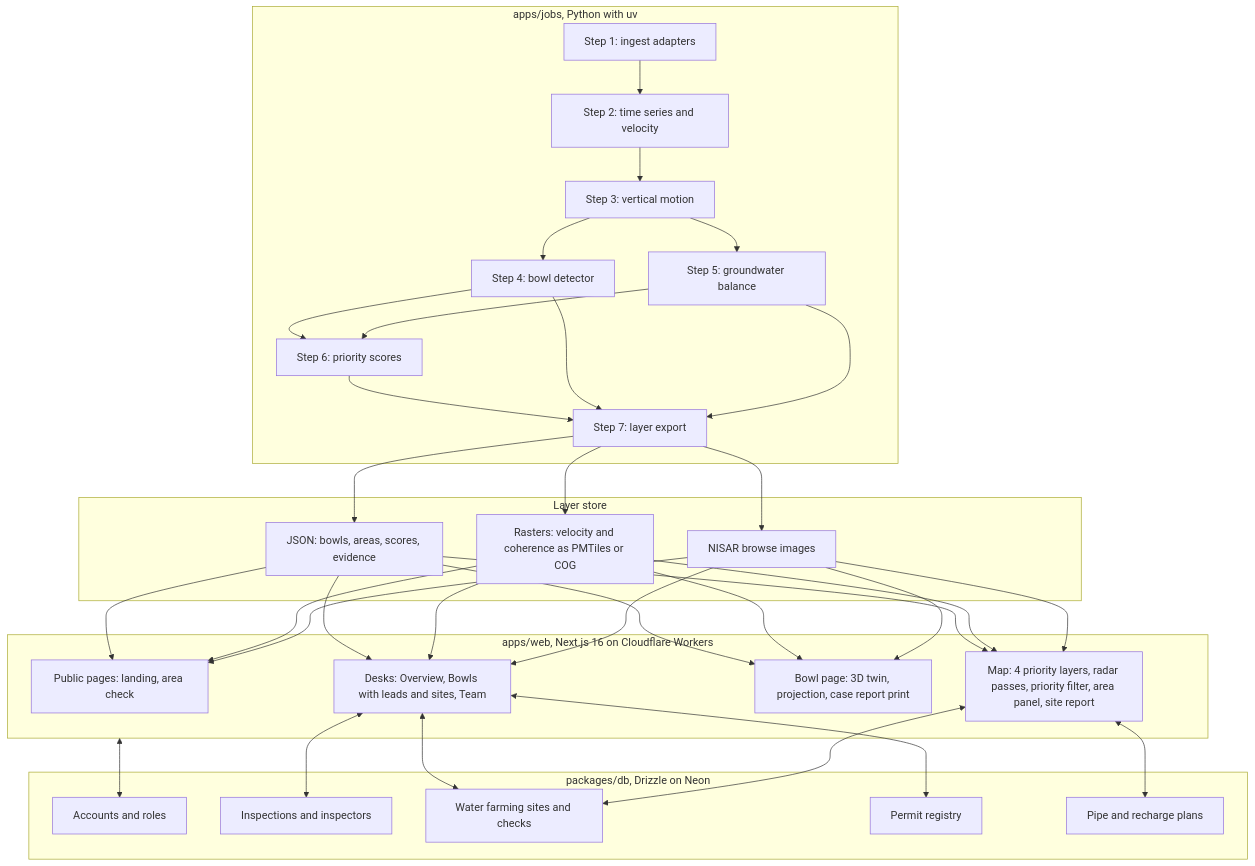
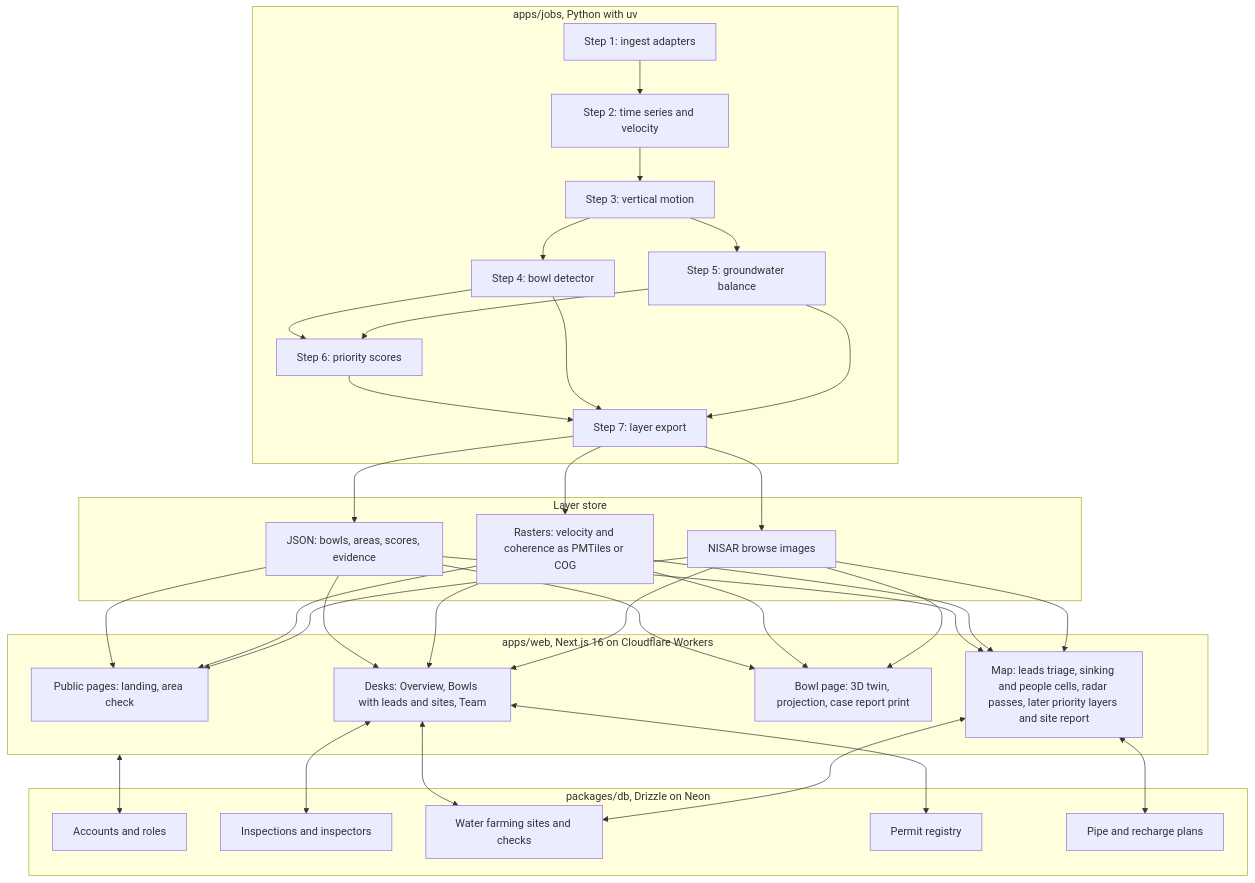
The second of 3 diagrams in docs/hld-orbitalis.md (halmahera-dev/orbitalis), drawn with Mermaid before and after one commit. The commit also changed other lines of this file and 6 other files, not shown here.

Commit message:
docs: record real NISAR bowls, cells and the map triage

````diff
--- a/docs/hld-orbitalis.md
+++ b/docs/hld-orbitalis.md
@@ -65,44 +65,44 @@
 ```mermaid
 flowchart TB
     subgraph Jobs[apps/jobs, Python with uv]
         I[Step 1: ingest adapters]
         T[Step 2: time series and velocity]
         V[Step 3: vertical motion]
         B[Step 4: bowl detector]
         GW[Step 5: groundwater balance]
         P[Step 6: priority scores]
         X[Step 7: layer export]
         I --> T --> V --> B --> P
         V --> GW --> P
         P --> X
         B --> X
         GW --> X
     end
 
     subgraph Store[Layer store]
         J[JSON: bowls, areas, scores, evidence]
         R[Rasters: velocity and coherence as PMTiles or COG]
         IMG[NISAR browse images]
     end
 
     subgraph Web[apps/web, Next.js 16 on Cloudflare Workers]
         PUBLIC[Public pages: landing, area check]
-        MAP[Map: 4 priority layers, radar passes, priority filter, area panel, site report]
+        MAP[Map: leads triage, sinking and people cells, radar passes, later priority layers and site report]
         TWIN[Bowl page: 3D twin, projection, case report print]
         DESK[Desks: Overview, Bowls with leads and sites, Team]
     end
 
     subgraph Data[packages/db, Drizzle on Neon]
         AUTH[Accounts and roles]
         CASES[Inspections and inspectors]
         WF[Water farming sites and checks]
         PERM[Permit registry]
         PLAN[Pipe and recharge plans]
     end
 
     X --> J & R & IMG
     J & R & IMG --> MAP & TWIN & DESK & PUBLIC
     DESK <--> CASES & WF & PERM
     MAP <--> WF & PLAN
     Web <--> AUTH
 ```
````
